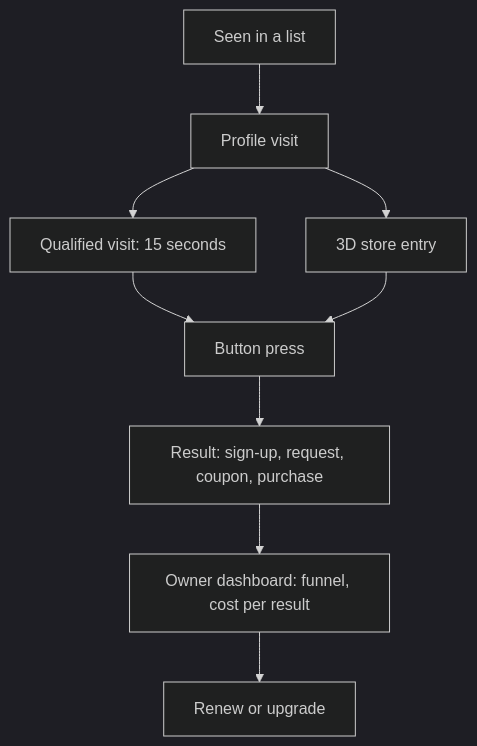
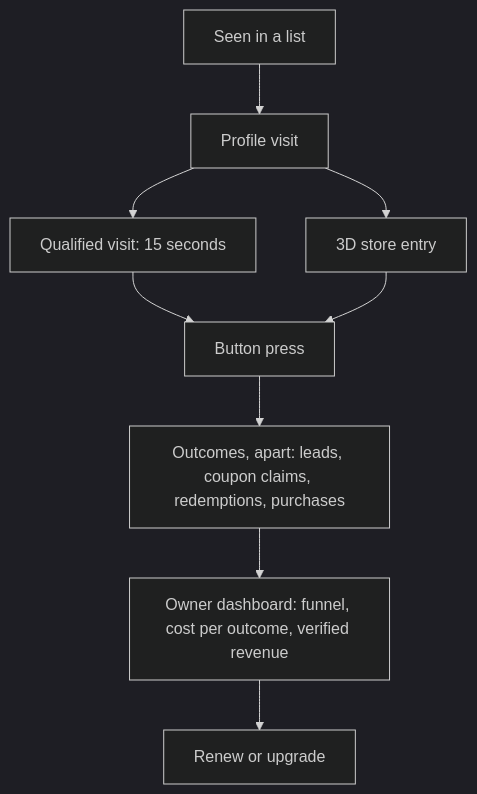
Before and after one commit to devartblake/VoxelVenture: the diagram in docs/conversions.md, drawn with Mermaid (dark theme). The commit also changed other lines of this file and 40 other files, not shown here.

````diff
--- a/docs/conversions.md
+++ b/docs/conversions.md
@@ -5,11 +5,11 @@
 ```mermaid
 flowchart TD
     A["Seen in a list"] --> B["Profile visit"]
     B --> Q["Qualified visit: 15 seconds"]
     B --> C["3D store entry"]
     Q --> D["Button press"]
     C --> D
-    D --> E["Result: sign-up, request, coupon, purchase"]
-    E --> F["Owner dashboard: funnel, cost per result"]
+    D --> E["Outcomes, apart: leads, coupon claims, redemptions, purchases"]
+    E --> F["Owner dashboard: funnel, cost per outcome, verified revenue"]
     F --> G["Renew or upgrade"]
 ```
````
